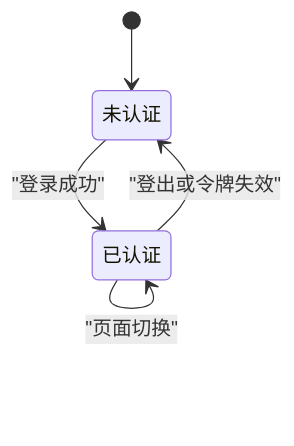
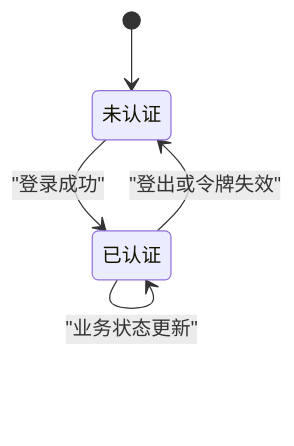
Before and after one commit to gujialind/InvestRing: the seventh of 8 diagrams in .qoder/repowiki/zh/content/前端应用架构/组件系统架构/组件系统架构.md, drawn with Mermaid. The commit also changed other lines of this file and 39 other files, not shown here.

````diff
--- a/.qoder/repowiki/zh/content/前端应用架构/组件系统架构/组件系统架构.md
+++ b/.qoder/repowiki/zh/content/前端应用架构/组件系统架构/组件系统架构.md
@@ -440,7 +636,8 @@
 ```mermaid
 stateDiagram-v2
 [*] --> 未认证
 未认证 --> 已认证 : "登录成功"
 已认证 --> 未认证 : "登出或令牌失效"
 已认证 --> 已认证 : "页面切换"
+已认证 --> 已认证 : "业务状态更新"
 ```
````
